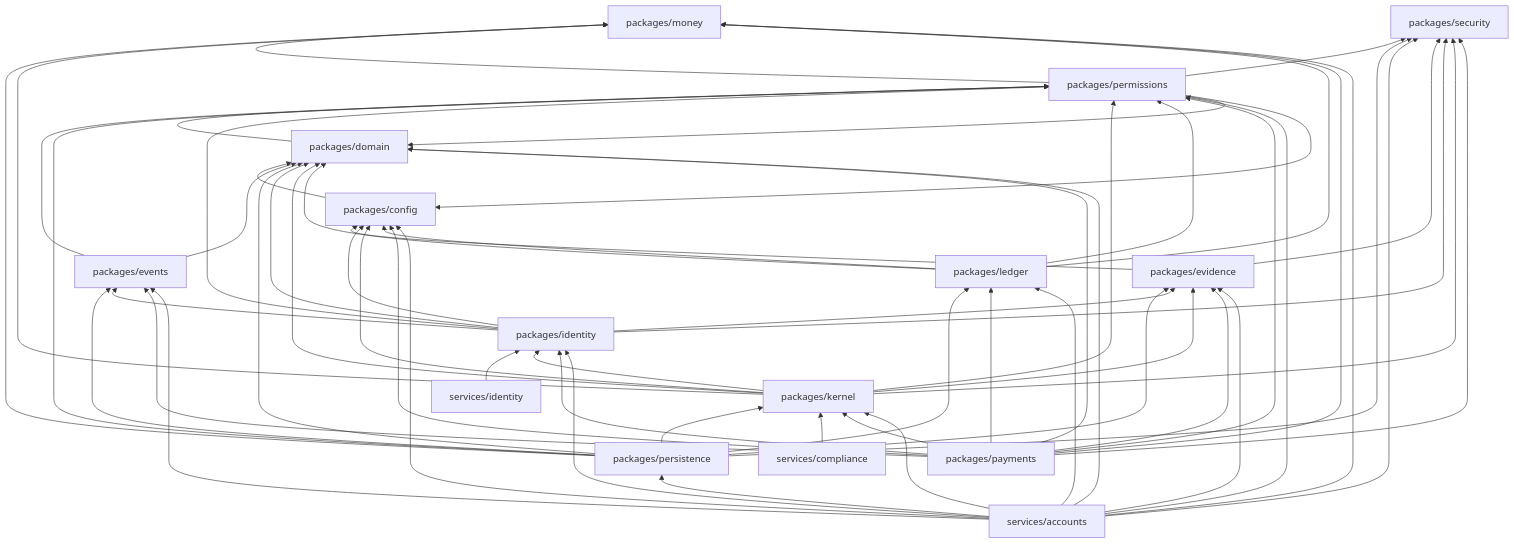
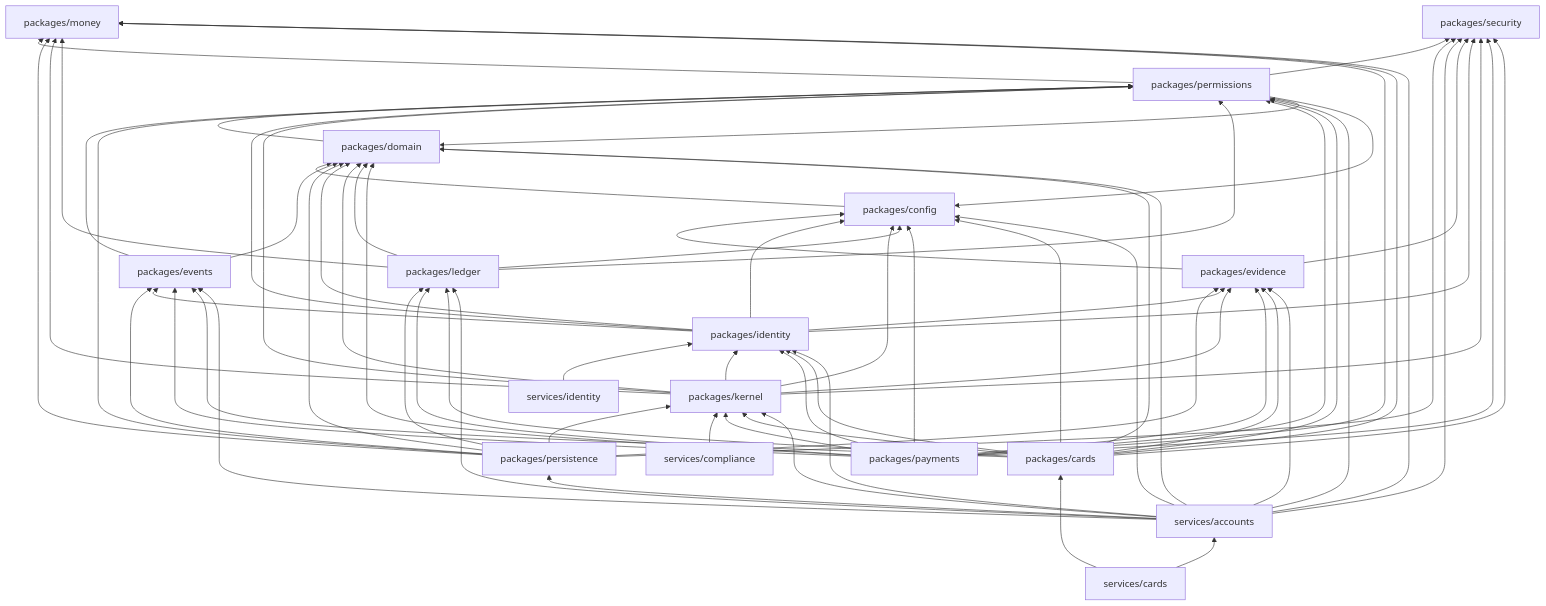
Before and after one commit to reyesnick54/solstice: the second of 2 diagrams in docs/architecture/constitution.md, drawn with Mermaid. The commit also changed other lines of this file and 61 other files, not shown here.

```diff
--- a/docs/architecture/constitution.md
+++ b/docs/architecture/constitution.md
@@ -354,9 +373,11 @@
   kernel["packages/kernel"]
   ledger["packages/ledger"]
   payments["packages/payments"]
+  cards["packages/cards"]
   accounts["services/accounts"]
   identitySvc["services/identity"]
   complianceSvc["services/compliance"]
+  cardsSvc["services/cards"]
 
   config --> domain
   domain --> permissions
@@ -408,6 +429,18 @@
   payments --> events
   payments --> identity
   payments --> security
+  cards --> domain
+  cards --> money
+  cards --> permissions
+  cards --> config
+  cards --> kernel
+  cards --> ledger
+  cards --> evidence
+  cards --> events
+  cards --> identity
+  cards --> security
+  cardsSvc --> cards
+  cardsSvc --> accounts
   accounts --> domain
   accounts --> evidence
   accounts --> events
```
